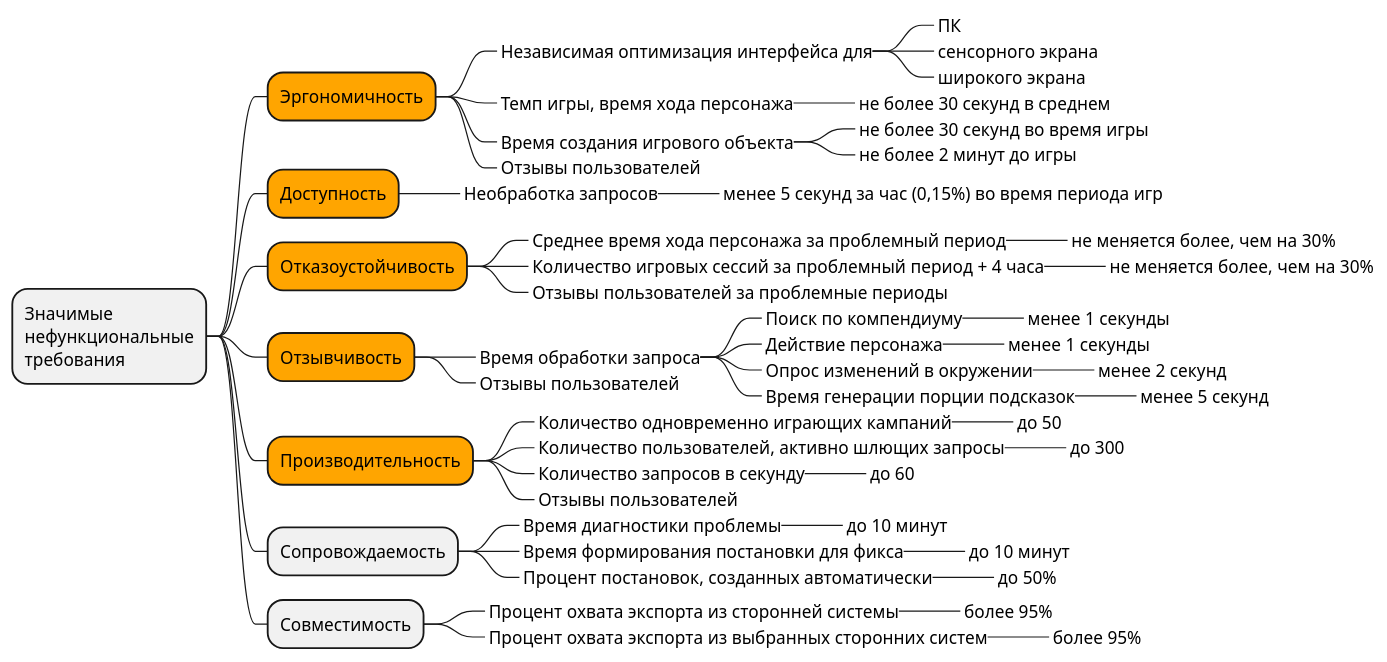
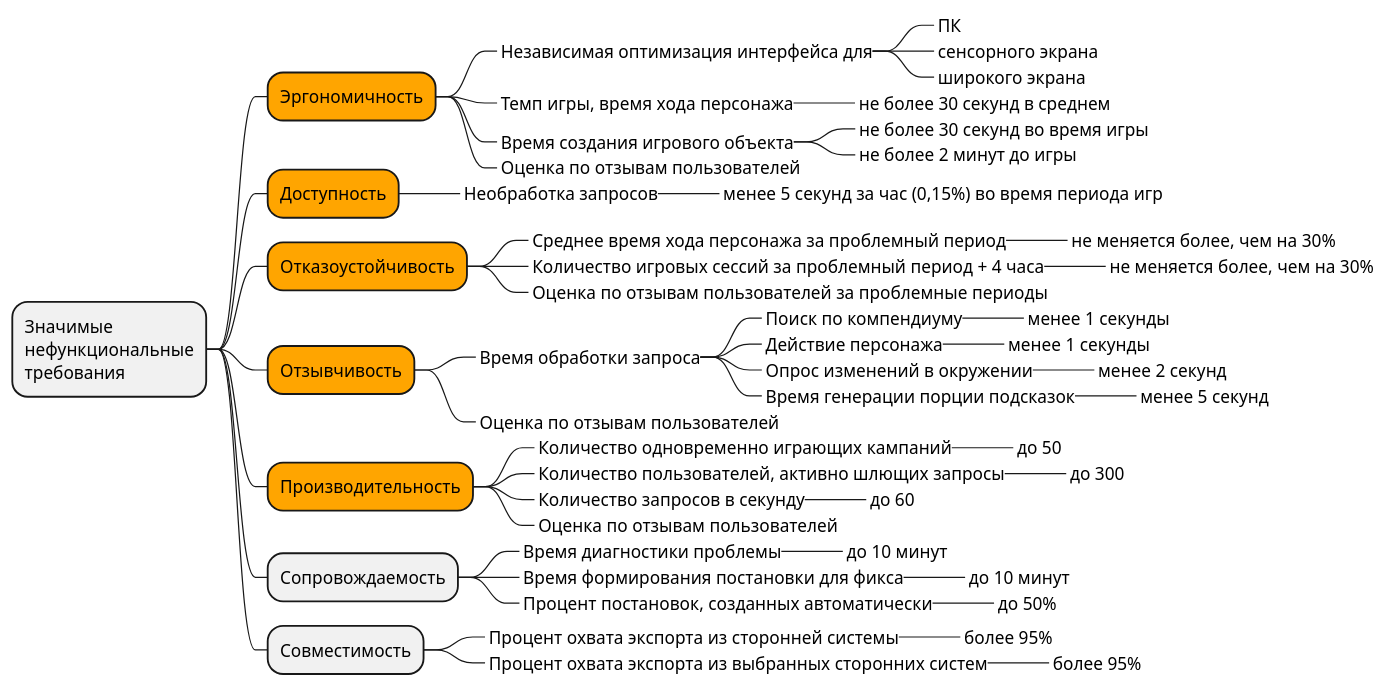
The diagram in chart/asr_nfr.puml (butakovmv/d20e_arch), drawn with PlantUML before and after one commit. The commit also changed 44 other files, not shown here.

Commit message:
Диаграммы последовательности

```diff
--- a/chart/asr_nfr.puml
+++ b/chart/asr_nfr.puml
@@ -1,54 +1,54 @@
 @startmindmap
 * Значимые\nнефункциональные\nтребования
 **[#Orange] Эргономичность
 ***_ Независимая оптимизация интерфейса для
 ****_ ПК
 ****_ сенсорного экрана
 ****_ широкого экрана
 ***_ Темп игры, время хода персонажа
 ****_ не более 30 секунд в среднем
 ***_ Время создания игрового объекта
 ****_ не более 30 секунд во время игры
 ****_ не более 2 минут до игры
-***_ Отзывы пользователей
+***_ Оценка по отзывам пользователей
 **[#Orange] Доступность
 ***_ Необработка запросов
 ****_ менее 5 секунд за час (0,15%) во время периода игр
 **[#Orange] Отказоустойчивость
 ***_ Среднее время хода персонажа за проблемный период
 ****_ не меняется более, чем на 30%
 ***_ Количество игровых сессий за проблемный период + 4 часа
 ****_ не меняется более, чем на 30%
-***_ Отзывы пользователей за проблемные периоды
+***_ Оценка по отзывам пользователей за проблемные периоды
 **[#Orange] Отзывчивость
 ***_ Время обработки запроса
 ****_ Поиск по компендиуму
 *****_ менее 1 секунды
 ****_ Действие персонажа
 *****_ менее 1 секунды
 ****_ Опрос изменений в окружении
 *****_ менее 2 секунд
 ****_ Время генерации порции подсказок
 *****_ менее 5 секунд
-***_ Отзывы пользователей
+***_ Оценка по отзывам пользователей
 **[#Orange] Производительность
 ***_ Количество одновременно играющих кампаний
 ****_ до 50
 ***_ Количество пользователей, активно шлющих запросы
 ****_ до 300
 ***_ Количество запросов в секунду
 ****_ до 60
-***_ Отзывы пользователей
+***_ Оценка по отзывам пользователей
 ** Сопровождаемость
 ***_ Время диагностики проблемы
 ****_ до 10 минут
 ***_ Время формирования постановки для фикса
 ****_ до 10 минут
 ***_ Процент постановок, созданных автоматически
 ****_ до 50%
 ** Совместимость
 ***_ Процент охвата экспорта из сторонней системы
 ****_ более 95%
 ***_ Процент охвата экспорта из выбранных сторонних систем
 ****_ более 95%
 @endmindmap
```
